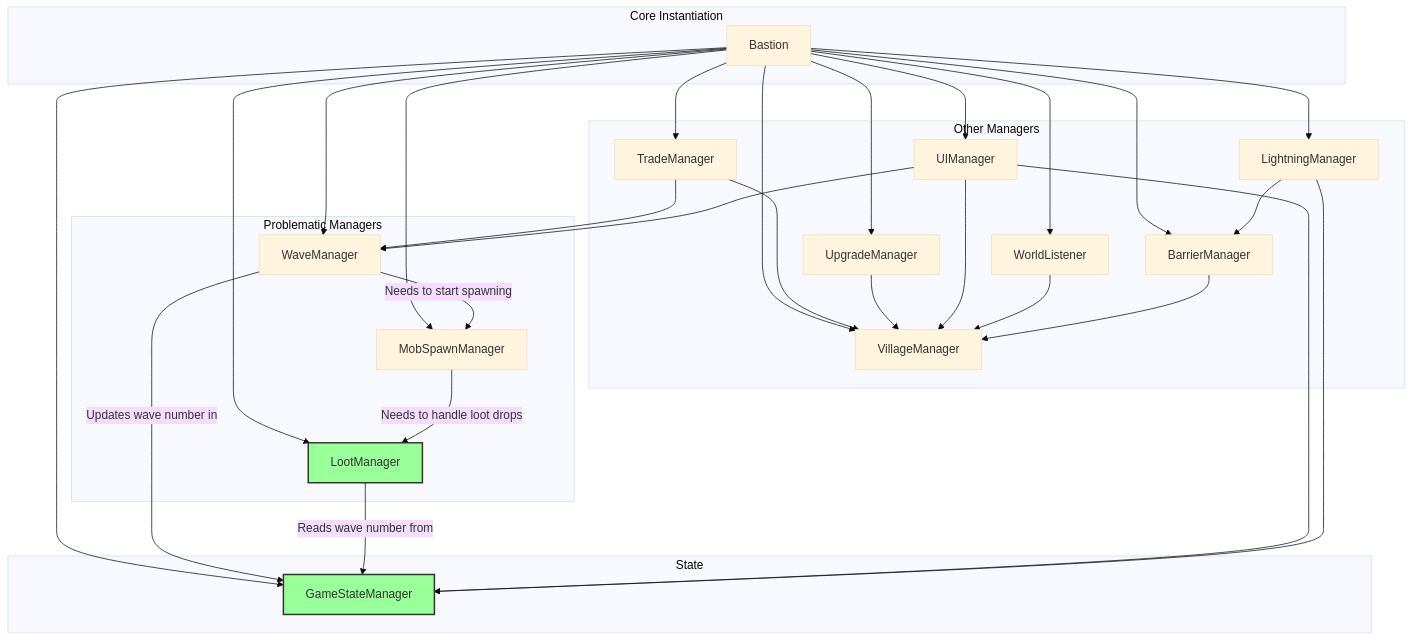
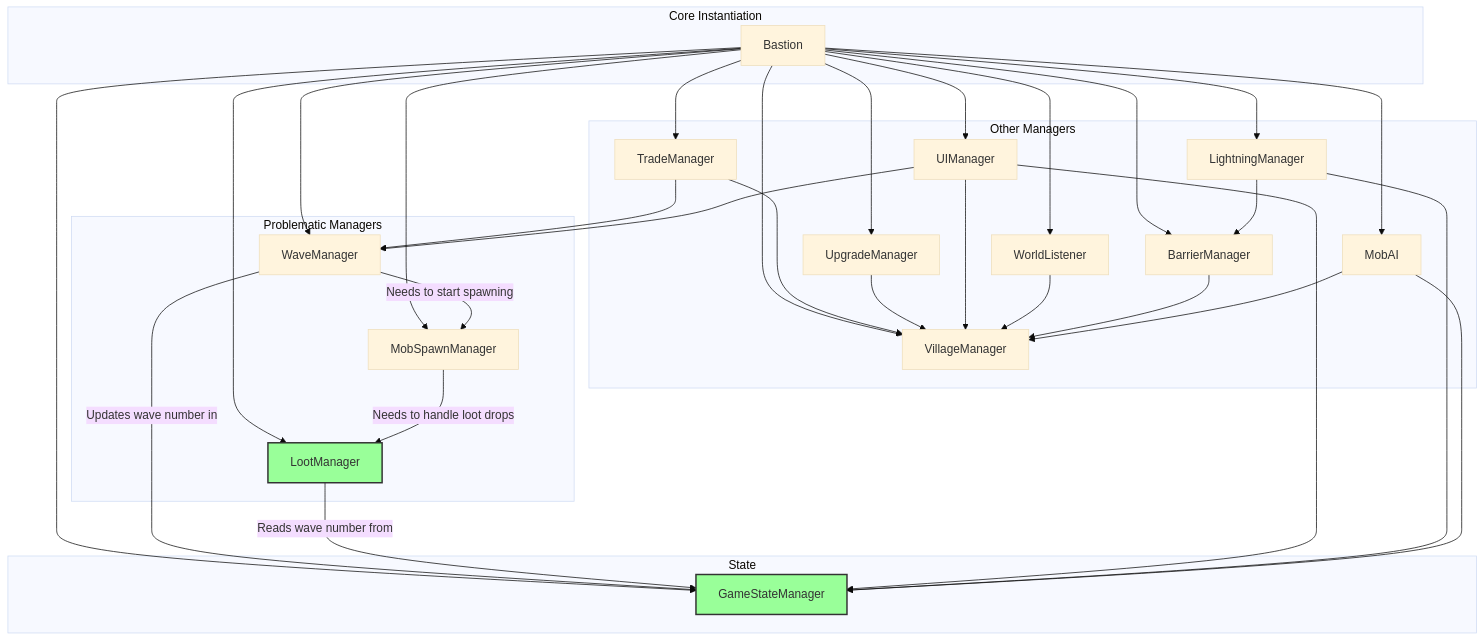
The second of 2 diagrams in dependencies.md (DeekyJay/Bastion), drawn with Mermaid (base theme) before and after one commit. The commit also changed other lines of this file and 1 other file, not shown here.

Commit message:
updated MobAI to depend on GameStateManager for shared state rather than a direct dependency on Wavemanager, which introduces circular dependencies. updated dependencies.md

````diff
--- a/dependencies.md
+++ b/dependencies.md
@@ -57,59 +62,63 @@
 ``` mermaid
 graph TD
     subgraph "Core Instantiation"
         Bastion
     end
 
     subgraph "State"
         GSM[GameStateManager]
     end
 
     subgraph "Problematic Managers"
         A[WaveManager]
         B[MobSpawnManager]
         C[LootManager]
     end
 
     subgraph "Other Managers"
         D[TradeManager]
         E[UpgradeManager]
         F[UIManager]
         G[LightningManager]
         H[WorldListener]
         I[BarrierManager]
         J[VillageManager]
+        K[MobAI]
     end
 
     Bastion --> GSM
     Bastion --> A
     Bastion --> B
     Bastion --> C
     Bastion --> D
     Bastion --> E
     Bastion --> F
     Bastion --> G
     Bastion --> H
     Bastion --> I
     Bastion --> J
+    Bastion --> K
 
     A -- "Needs to start spawning" --> B
     B -- "Needs to handle loot drops" --> C
     
     A -- "Updates wave number in" --> GSM
     C -- "Reads wave number from" --> GSM
 
     D --> J
     D --> A
     E --> J
     F --> A
     F --> J
     F --> GSM
     G --> I
     G --> GSM
     H --> J
     I --> J
+    K --> J
+    K --> GSM
 
     style C fill:#99ff99,stroke:#333,stroke-width:2px
     style GSM fill:#99ff99,stroke:#333,stroke-width:2px
 
 ```
````
